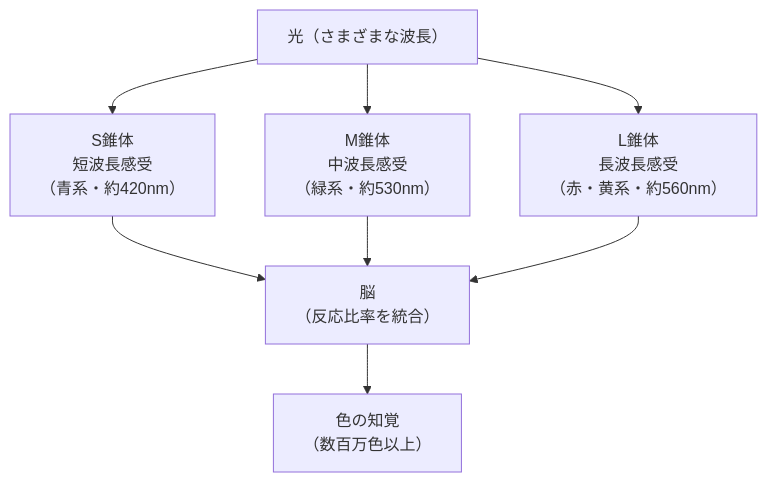
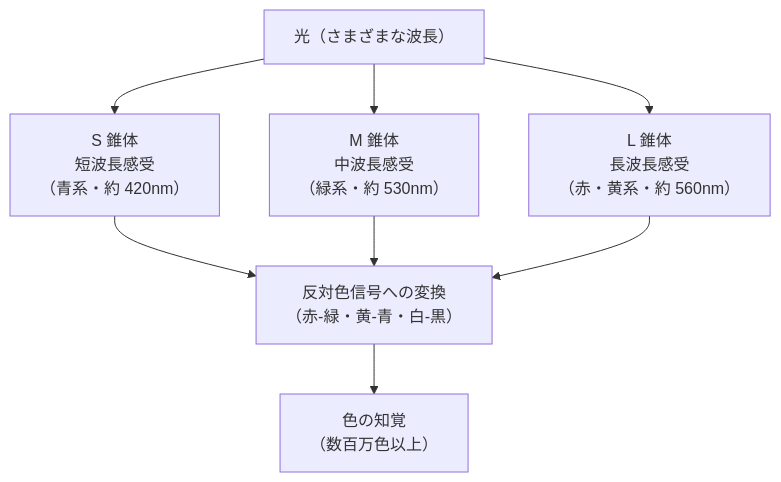
The second of 3 diagrams in docs/lessons/lesson08/index.md (ozaki25/color-coordination-training-ozaki25), drawn with Mermaid before and after one commit. The commit also changed other lines of this file and 10 other files, not shown here.

````diff
--- a/docs/lessons/lesson08/index.md
+++ b/docs/lessons/lesson08/index.md
@@ -49,10 +78,10 @@
 ```mermaid
 graph TD
-    光["光（さまざまな波長）"] --> S["S錐体\n短波長感受\n（青系・約420nm）"]
-    光 --> M["M錐体\n中波長感受\n（緑系・約530nm）"]
-    光 --> L["L錐体\n長波長感受\n（赤・黄系・約560nm）"]
-    S --> 脳["脳\n（反応比率を統合）"]
-    M --> 脳
-    L --> 脳
-    脳 --> 色知覚["色の知覚\n（数百万色以上）"]
+    光["光（さまざまな波長）"] --> S["S 錐体\n短波長感受\n（青系・約 420nm）"]
+    光 --> M["M 錐体\n中波長感受\n（緑系・約 530nm）"]
+    光 --> L["L 錐体\n長波長感受\n（赤・黄系・約 560nm）"]
+    S --> 反対色["反対色信号への変換\n（赤-緑・黄-青・白-黒）"]
+    M --> 反対色
+    L --> 反対色
+    反対色 --> 色知覚["色の知覚\n（数百万色以上）"]
 ```
````
